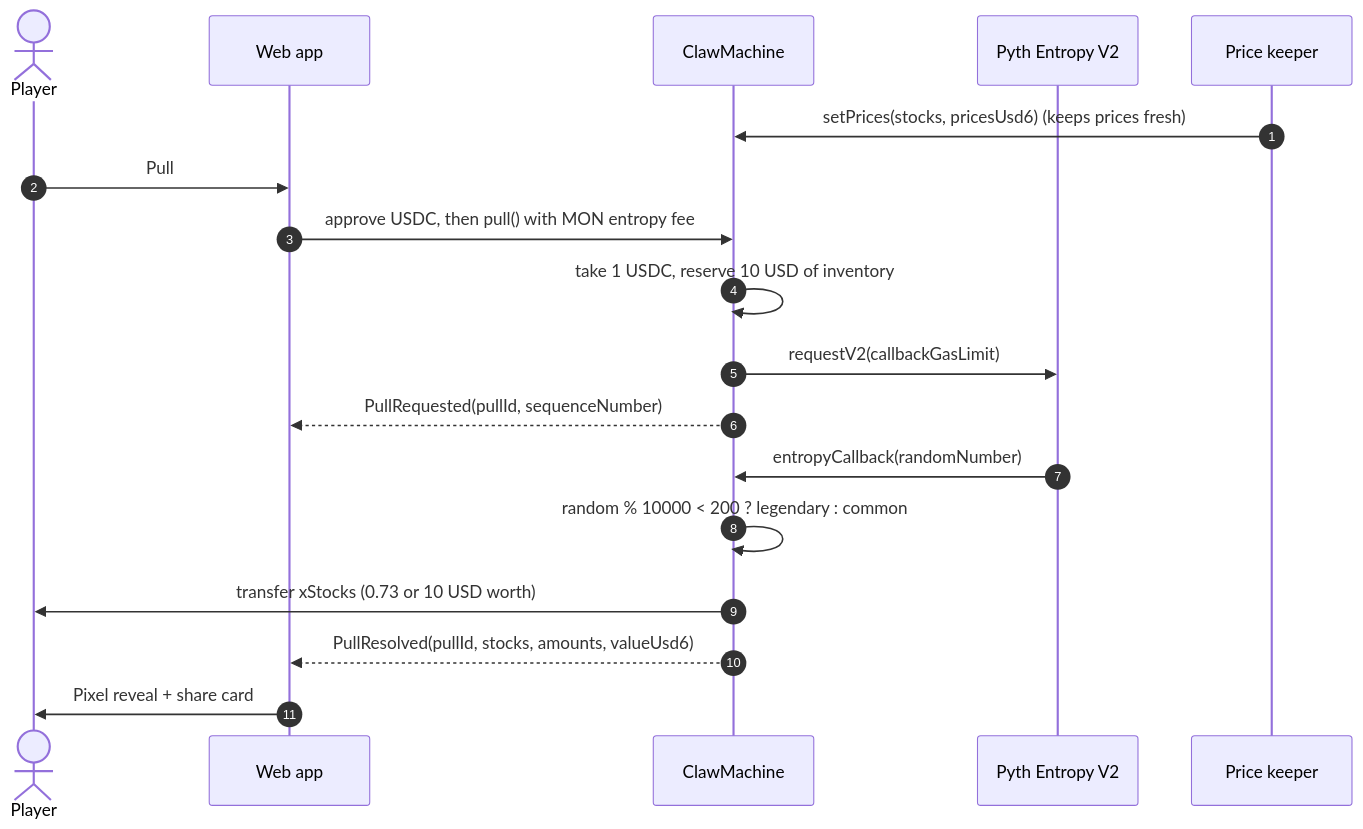
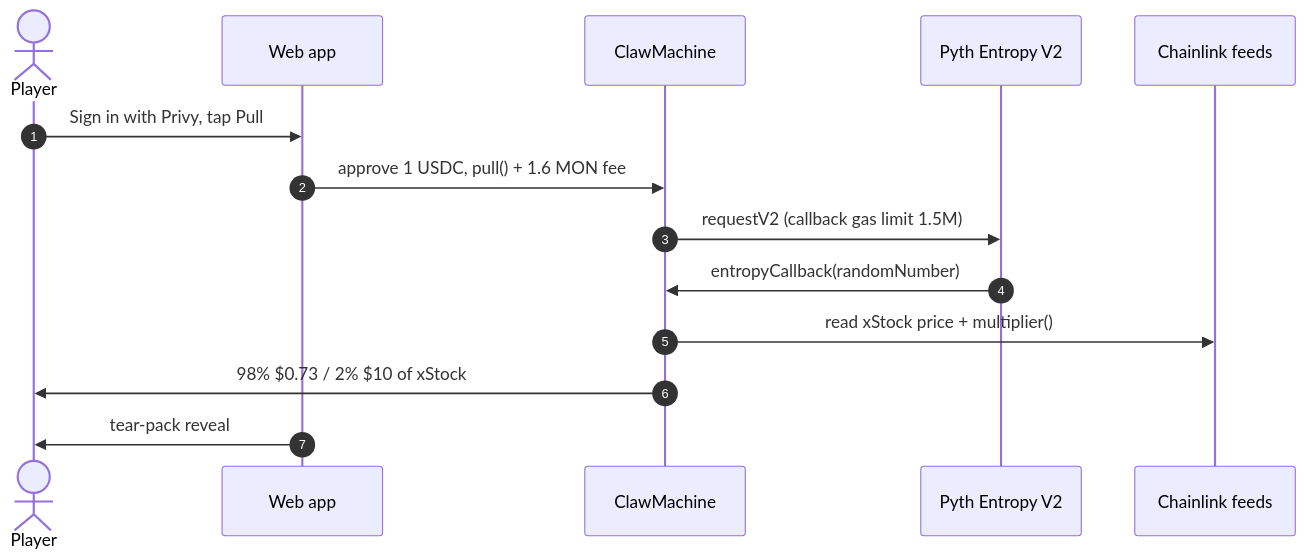
One commit to AyushBherwani1998/gachamon changed the diagram in README.md. Above: the diagram before and after it, drawn with Mermaid. The commit also changed other lines of this file, not shown here.

````diff
--- a/README.md
+++ b/README.md
@@ -41,21 +23,17 @@
 ```mermaid
 sequenceDiagram
     autonumber
     actor P as Player
     participant W as Web app
     participant C as ClawMachine
     participant E as Pyth Entropy V2
-    participant K as Price keeper
+    participant L as Chainlink feeds
 
-    K->>C: setPrices(stocks, pricesUsd6) (keeps prices fresh)
-    P->>W: Pull
-    W->>C: approve USDC, then pull() with MON entropy fee
-    C->>C: take 1 USDC, reserve 10 USD of inventory
-    C->>E: requestV2(callbackGasLimit)
-    C-->>W: PullRequested(pullId, sequenceNumber)
+    P->>W: Sign in with Privy, tap Pull
+    W->>C: approve 1 USDC, pull() + 1.6 MON fee
+    C->>E: requestV2 (callback gas limit 1.5M)
     E->>C: entropyCallback(randomNumber)
-    C->>C: random % 10000 < 200 ? legendary : common
-    C->>P: transfer xStocks (0.73 or 10 USD worth)
-    C-->>W: PullResolved(pullId, stocks, amounts, valueUsd6)
-    W->>P: Pixel reveal + share card
+    C->>L: read xStock price + multiplier()
+    C->>P: 98% $0.73 / 2% $10 of xStock
+    W->>P: tear-pack reveal
 ```
````
